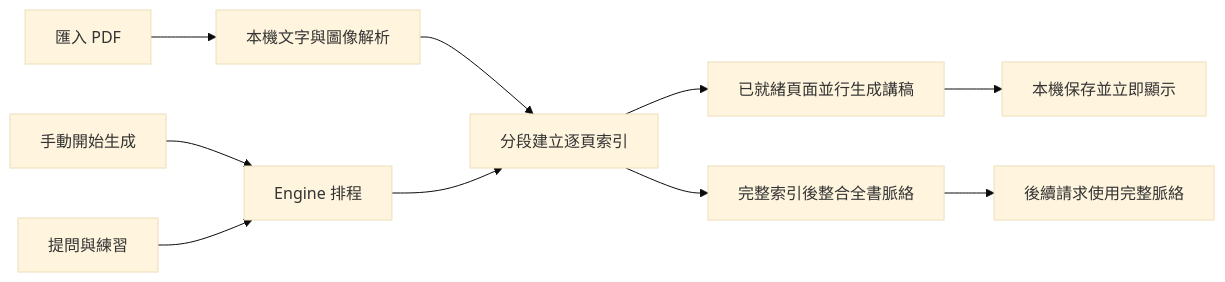
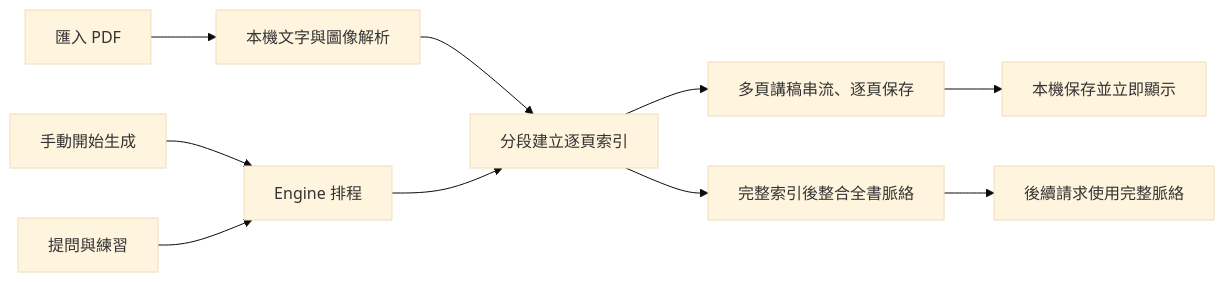
Before and after one commit to Jay-Huang-0130/study-project: the diagram in README.md, drawn with Mermaid (base theme). The commit also changed other lines of this file and 21 other files, not shown here.

````diff
--- a/README.md
+++ b/README.md
@@ -103,12 +103,12 @@
 ```mermaid
 flowchart LR
     PDF[匯入 PDF] --> Local[本機文字與圖像解析]
     Start[手動開始生成] --> Engine[Engine 排程]
     Local --> Index[分段建立逐頁索引]
     Engine --> Index
-    Index --> Lesson[已就緒頁面並行生成講稿]
+    Index --> Lesson[多頁講稿串流、逐頁保存]
     Index --> Map[完整索引後整合全書脈絡]
     Lesson --> Store[本機保存並立即顯示]
     Map --> Context[後續請求使用完整脈絡]
     QA[提問與練習] --> Engine
 ```
````
